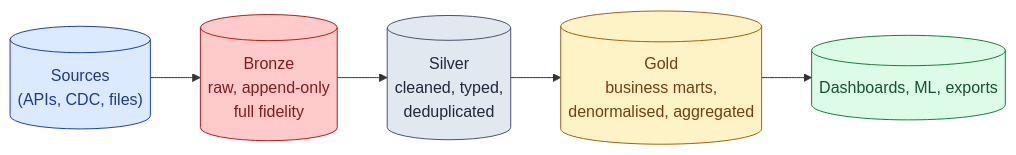
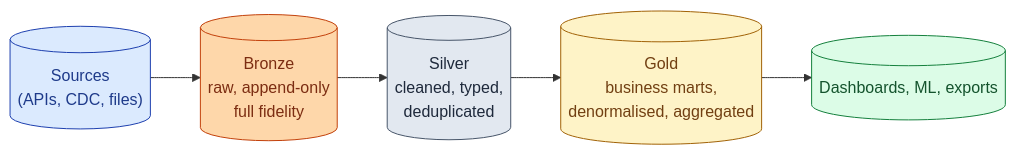
One commit to shiningflash/shiningflash.github.io changed the first of 3 diagrams in _de_concepts/066-medallion.md. Above: the diagram before and after it, drawn with Mermaid. The commit also changed other lines of this file and 69 other files, not shown here.

````diff
--- a/_de_concepts/066-medallion.md
+++ b/_de_concepts/066-medallion.md
@@ -12,14 +12,14 @@
 ```mermaid
 flowchart LR
     Src[("Sources<br/>(APIs, CDC, files)")]:::s
     Src --> B[("Bronze<br/>raw, append-only<br/>full fidelity")]:::b
     B --> S[("Silver<br/>cleaned, typed,<br/>deduplicated")]:::sv
     S --> G[("Gold<br/>business marts,<br/>denormalised, aggregated")]:::g
     G --> Use[("Dashboards, ML, exports")]:::u
 
     classDef s fill:#dbeafe,stroke:#1e40af,color:#1e3a8a
-    classDef b fill:#fecaca,stroke:#b91c1c,color:#7f1d1d
+    classDef b fill:#fed7aa,stroke:#c2410c,color:#7c2d12
     classDef sv fill:#e2e8f0,stroke:#475569,color:#1e293b
     classDef g fill:#fef3c7,stroke:#a16207,color:#713f12
     classDef u fill:#dcfce7,stroke:#15803d,color:#14532d
 ```
````
